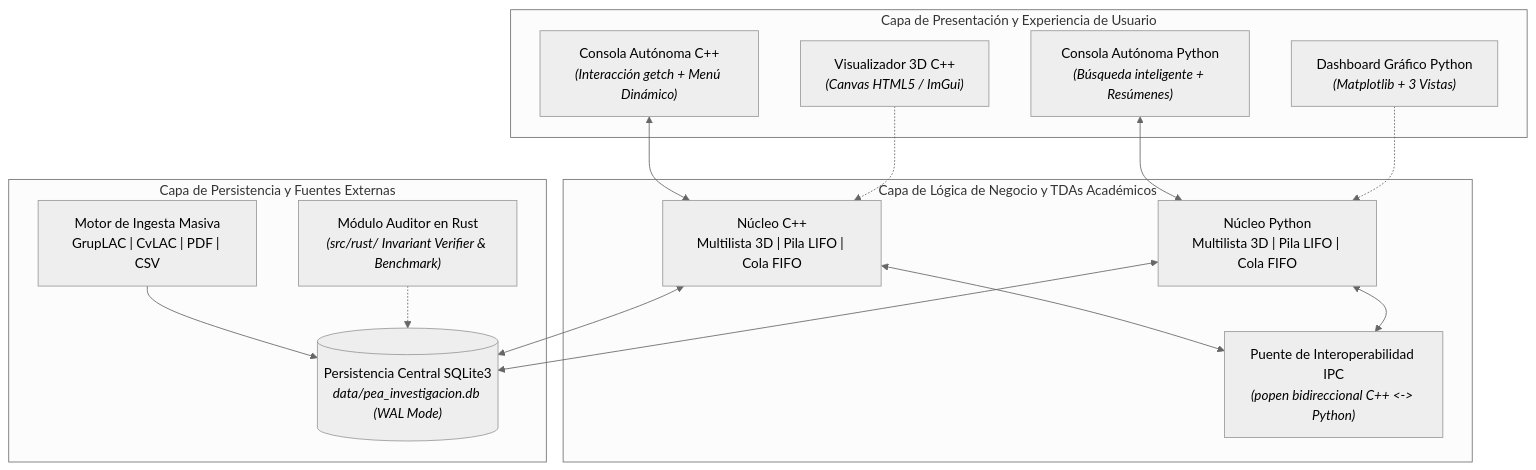
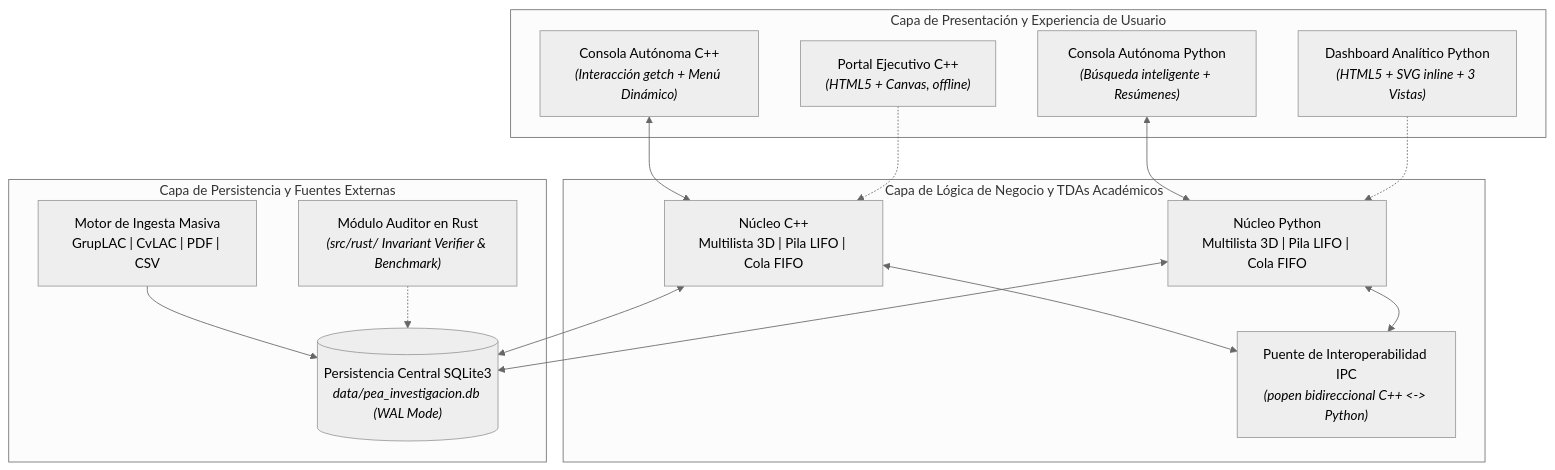
The second of 2 diagrams in docs/SPEC_TECNICO.md (Kovyn-Mena/PEA-I), drawn with Mermaid (neutral theme) before and after one commit. The commit also changed other lines of this file and 24 other files, not shown here.

````diff
--- a/docs/SPEC_TECNICO.md
+++ b/docs/SPEC_TECNICO.md
@@ -227,34 +227,34 @@
 ```mermaid
 flowchart TD
     subgraph UI_LAYER ["Capa de Presentación y Experiencia de Usuario"]
         C_CLI["Consola Autónoma C++<br><i>(Interacción getch + Menú Dinámico)</i>"]
         P_CLI["Consola Autónoma Python<br><i>(Búsqueda inteligente + Resúmenes)</i>"]
-        GUI_C["Visualizador 3D C++<br><i>(Canvas HTML5 / ImGui)</i>"]
-        GUI_P["Dashboard Gráfico Python<br><i>(Matplotlib + 3 Vistas)</i>"]
+        GUI_C["Portal Ejecutivo C++<br><i>(HTML5 + Canvas, offline)</i>"]
+        GUI_P["Dashboard Analítico Python<br><i>(HTML5 + SVG inline + 3 Vistas)</i>"]
     end
 
     subgraph CORE_LAYER ["Capa de Lógica de Negocio y TDAs Académicos"]
         TDA_CPP["Núcleo C++<br>Multilista 3D | Pila LIFO | Cola FIFO"]
         TDA_PY["Núcleo Python<br>Multilista 3D | Pila LIFO | Cola FIFO"]
         BRIDGE["Puente de Interoperabilidad IPC<br><i>(popen bidireccional C++ <-> Python)</i>"]
     end
 
     subgraph DATA_LAYER ["Capa de Persistencia y Fuentes Externas"]
         SQLITE[("Persistencia Central SQLite3<br><i>data/pea_investigacion.db (WAL Mode)</i>")]
         SCRAPER["Motor de Ingesta Masiva<br>GrupLAC | CvLAC | PDF | CSV"]
         RUST_AUDIT["Módulo Auditor en Rust<br><i>(src/rust/ Invariant Verifier & Benchmark)</i>"]
     end
 
     C_CLI <--> TDA_CPP
     P_CLI <--> TDA_PY
     GUI_C -.-> TDA_CPP
     GUI_P -.-> TDA_PY
 
     TDA_CPP <--> BRIDGE
     TDA_PY <--> BRIDGE
 
     TDA_CPP <--> SQLITE
     TDA_PY <--> SQLITE
     SCRAPER --> SQLITE
     RUST_AUDIT -.-> SQLITE
 ```
````
